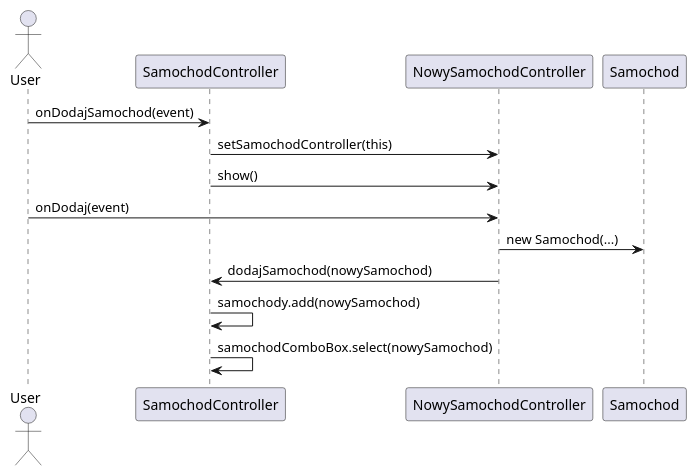
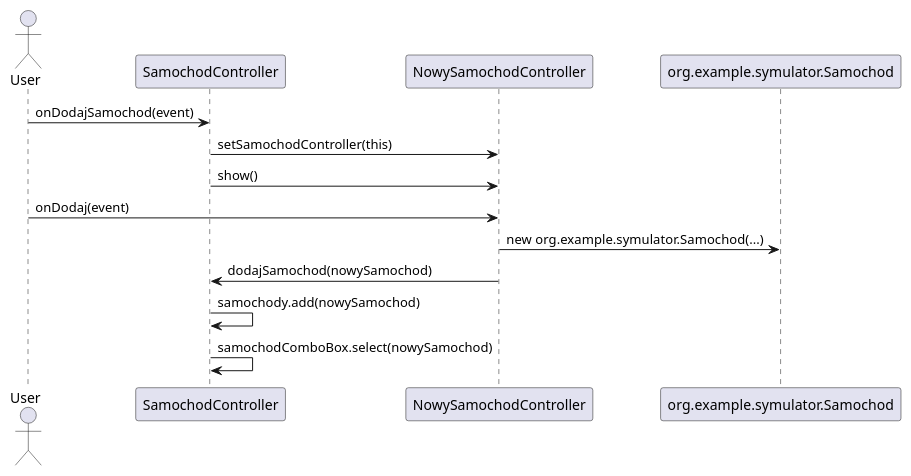
The fourth of 4 diagrams in README.md (L0rak/po2025), drawn with PlantUML before and after one commit. The commit also changed other lines of this file and 34 other files, not shown here.

````diff
--- a/README.md
+++ b/README.md
@@ -187,18 +187,18 @@
 ```plantuml
 @startuml
 actor User
 participant SamochodController
 participant NowySamochodController
-participant Samochod
+participant org.example.symulator.Samochod
 
 User -> SamochodController: onDodajSamochod(event)
 SamochodController -> NowySamochodController: setSamochodController(this)
 SamochodController -> NowySamochodController: show()
 
 User -> NowySamochodController: onDodaj(event)
-NowySamochodController -> Samochod: new Samochod(...)
+NowySamochodController -> org.example.symulator.Samochod: new org.example.symulator.Samochod(...)
 NowySamochodController -> SamochodController: dodajSamochod(nowySamochod)
 SamochodController -> SamochodController: samochody.add(nowySamochod)
 SamochodController -> SamochodController: samochodComboBox.select(nowySamochod)
 @enduml
 ```
````
